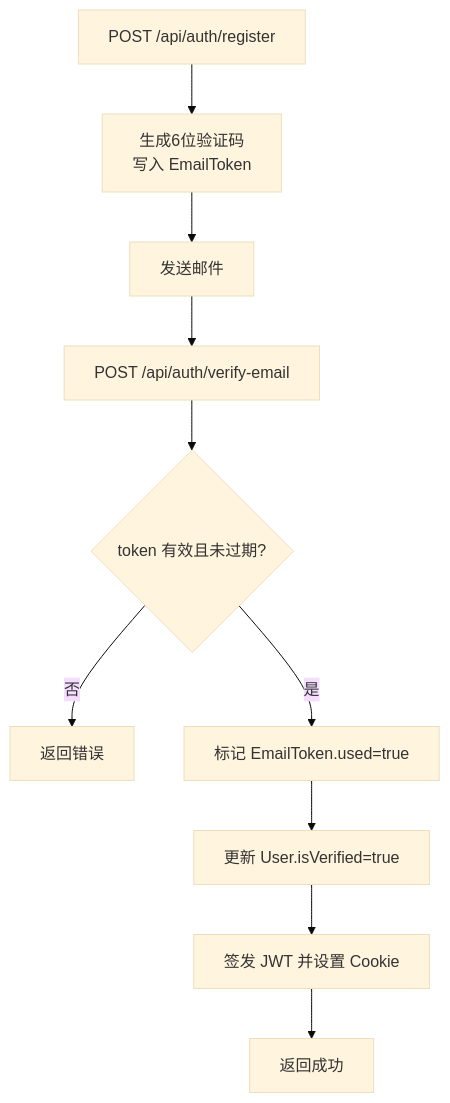
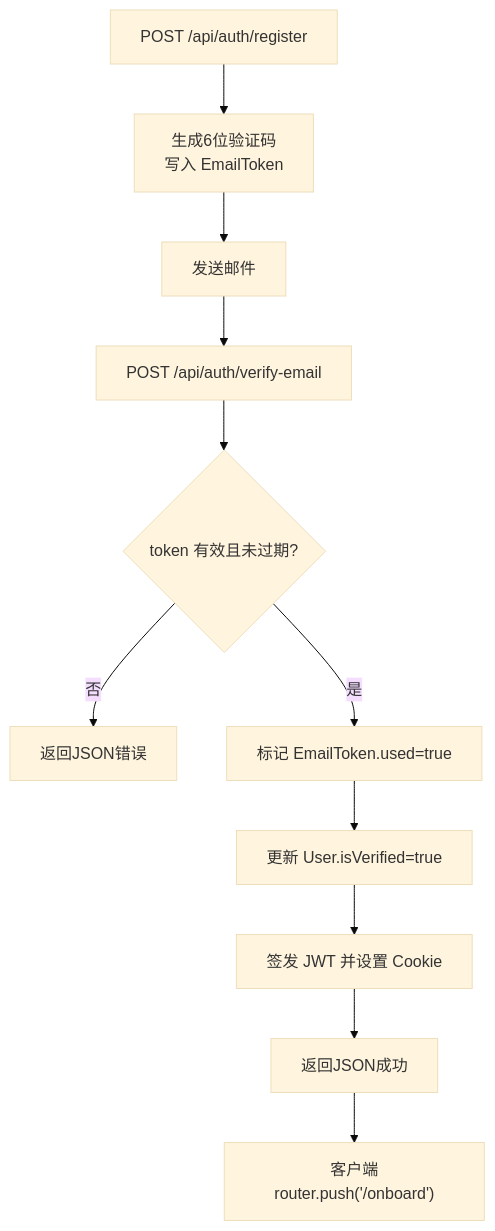
The sixth of 10 diagrams in .qoder/repowiki/zh/content/用户认证系统/用户认证系统.md (kangkang919/xinya), drawn with Mermaid (base theme) before and after one commit. The commit also changed other lines of this file and 35 other files, not shown here.

````diff
--- a/.qoder/repowiki/zh/content/用户认证系统/用户认证系统.md
+++ b/.qoder/repowiki/zh/content/用户认证系统/用户认证系统.md
@@ -266,12 +309,13 @@
 ```mermaid
 flowchart TD
 A["POST /api/auth/register"] --> B["生成6位验证码<br/>写入 EmailToken"]
 B --> C["发送邮件"]
 C --> D["POST /api/auth/verify-email"]
 D --> E{"token 有效且未过期?"}
-E -- 否 --> F["返回错误"]
+E -- 否 --> F["返回JSON错误"]
 E -- 是 --> G["标记 EmailToken.used=true"]
 G --> H["更新 User.isVerified=true"]
 H --> I["签发 JWT 并设置 Cookie"]
-I --> J["返回成功"]
+I --> J["返回JSON成功"]
+J --> K["客户端router.push('/onboard')"]
 ```
````
